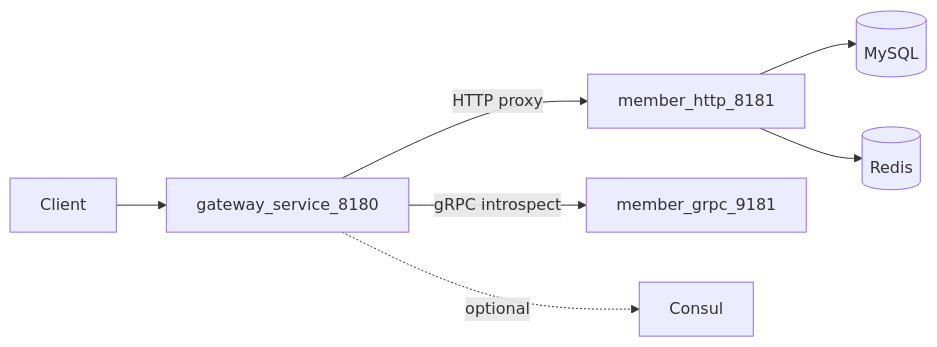
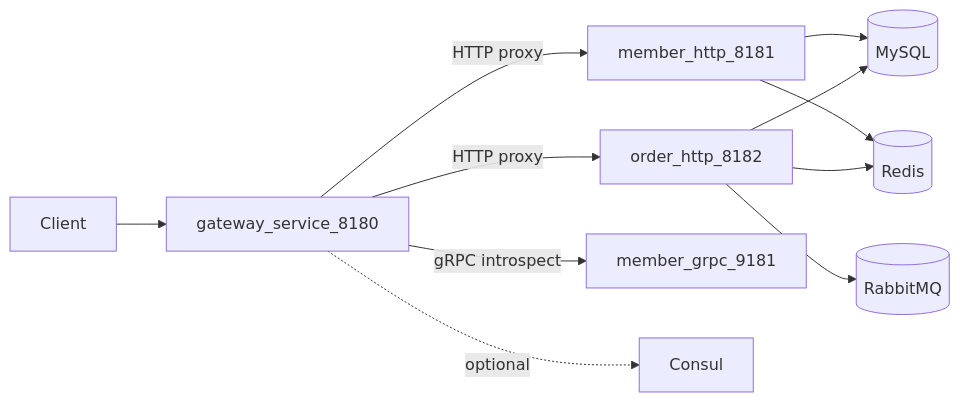
Before and after one commit to justinelock/go-template: the diagram in docs/architecture/README.md, drawn with Mermaid. The commit also changed other lines of this file and 38 other files, not shown here.

Commit message:
演示 Redis 幂等/锁 + RabbitMQ 异步结算

````diff
--- a/docs/architecture/README.md
+++ b/docs/architecture/README.md
@@ -7,9 +7,13 @@
 ```mermaid
 flowchart LR
   Client --> Gateway[gateway_service_8180]
   Gateway -->|HTTP proxy| MemberHTTP[member_http_8181]
+  Gateway -->|HTTP proxy| OrderHTTP[order_http_8182]
   Gateway -->|gRPC introspect| MemberGRPC[member_grpc_9181]
   MemberHTTP --> MySQL[(MySQL)]
   MemberHTTP --> Redis[(Redis)]
+  OrderHTTP --> MySQL
+  OrderHTTP --> Redis
+  OrderHTTP --> RabbitMQ[(RabbitMQ)]
   Gateway -.->|optional| Consul[Consul]
 ```
````
